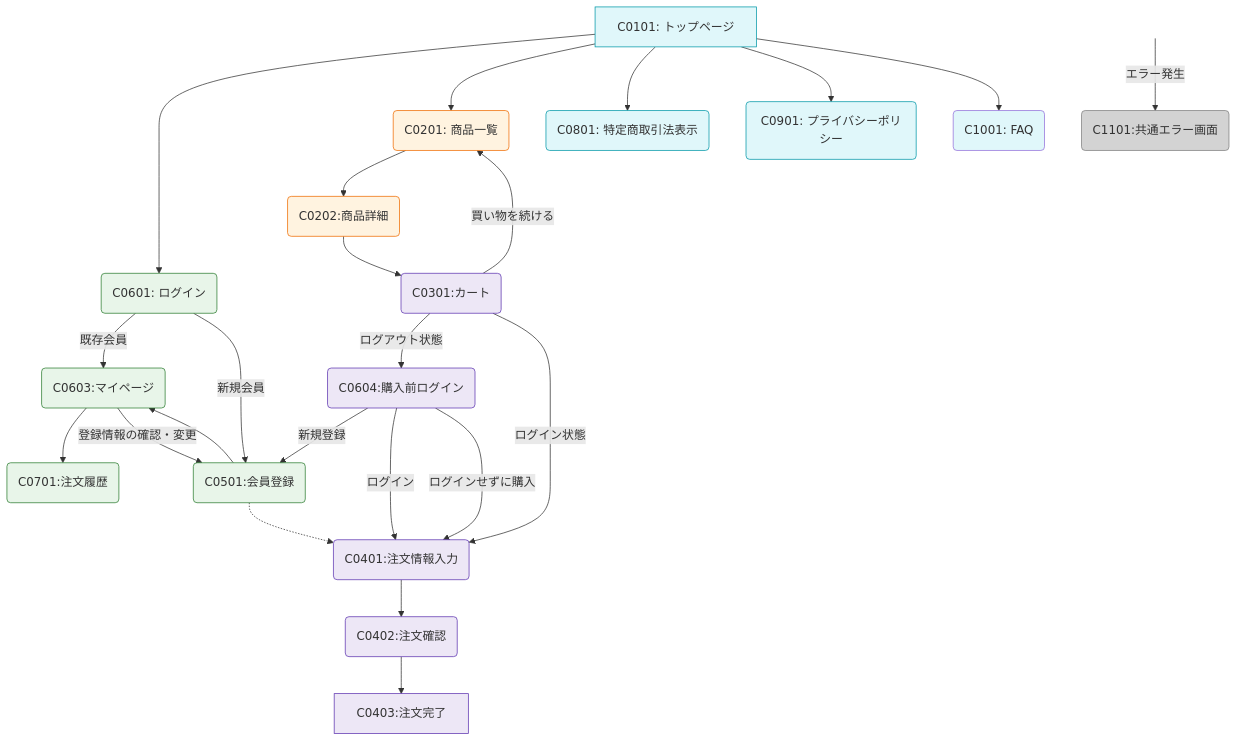
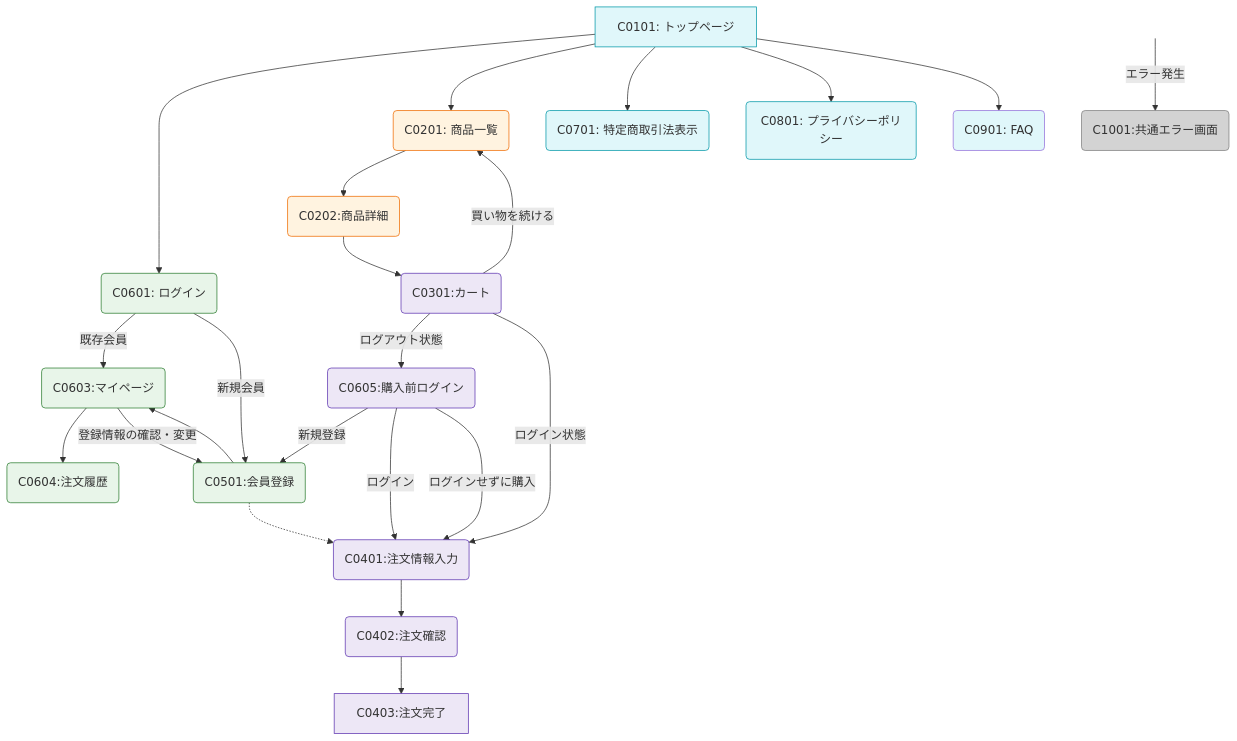
The diagram in 基本設計/4.md (shogomaeda758/Bacon), drawn with Mermaid before and after one commit. The commit also changed other lines of this file and 6 other files, not shown here.

```diff
--- a/基本設計/4.md
+++ b/基本設計/4.md
@@ -72,59 +72,59 @@
 <div class="mermaid">
 graph TD
     A[C0101: トップページ]  --> B(C0601: ログイン);
     A --> C(C0201: 商品一覧);
-    A --> D(C0801: 特定商取引法表示)
-    A --> E(C0901: プライバシーポリシー)
-    A --> F(C1001: FAQ)
+    A --> D(C0701: 特定商取引法表示)
+    A --> E(C0801: プライバシーポリシー)
+    A --> F(C0901: FAQ)
 
    
     
     H --> G
     B -- 既存会員 --> G(C0603:マイページ)
     B -- 新規会員 --> H(C0501:会員登録)
   
     
 
-    G --> I(C0701:注文履歴)
+    G --> I(C0604:注文履歴)
     G -- 登録情報の確認・変更 --> H
 
     C --> J(C0202:商品詳細)
     J --> K(C0301:カート)
     K -- 買い物を続ける --> C
-    K -- ログアウト状態 --> P(C0604:購入前ログイン)
+    K -- ログアウト状態 --> P(C0605:購入前ログイン)
 
    
     K -- ログイン状態 --> L
     L --> M(C0402:注文確認)
     M --> N[C0403:注文完了]
 
     P -- 新規登録 -->H
     H -.->L
      P -- ログイン --> L(C0401:注文情報入力)
      P -- ログインせずに購入 --> L
 
-    dummy[ ] --エラー発生 --> O(C1101:共通エラー画面)
+    dummy[ ] --エラー発生 --> O(C1001:共通エラー画面)
 
 
     style dummy fill:#fff,stroke:#fff,stroke-width:1px
      style A fill:#e0f7fa,stroke:#0097a7
     style D fill:#e0f7fa,stroke:#0097a7
     style E fill:#e0f7fa,stroke:#0097a7
     style F fill:#e0f7fa,stroke:#
 
     style B fill:#e8f5e9,stroke:#2e7d32
     style G fill:#e8f5e9,stroke:#2e7d32
     style H fill:#e8f5e9,stroke:#2e7d32
     style I fill:#e8f5e9,stroke:#2e7d32
 
     style C fill:#fff3e0,stroke:#ef6c00
     style J fill:#fff3e0,stroke:#ef6c00
 
     style K fill:#ede7f6,stroke:#5e35b1
     style L fill:#ede7f6,stroke:#5e35b1
     style M fill:#ede7f6,stroke:#5e35b1
     style N fill:#ede7f6,stroke:#5e35b1
     style P fill:#ede7f6,stroke:#5e35b1
     style O fill:#d3d3d3,stroke:#808080
 
 </div>
```
